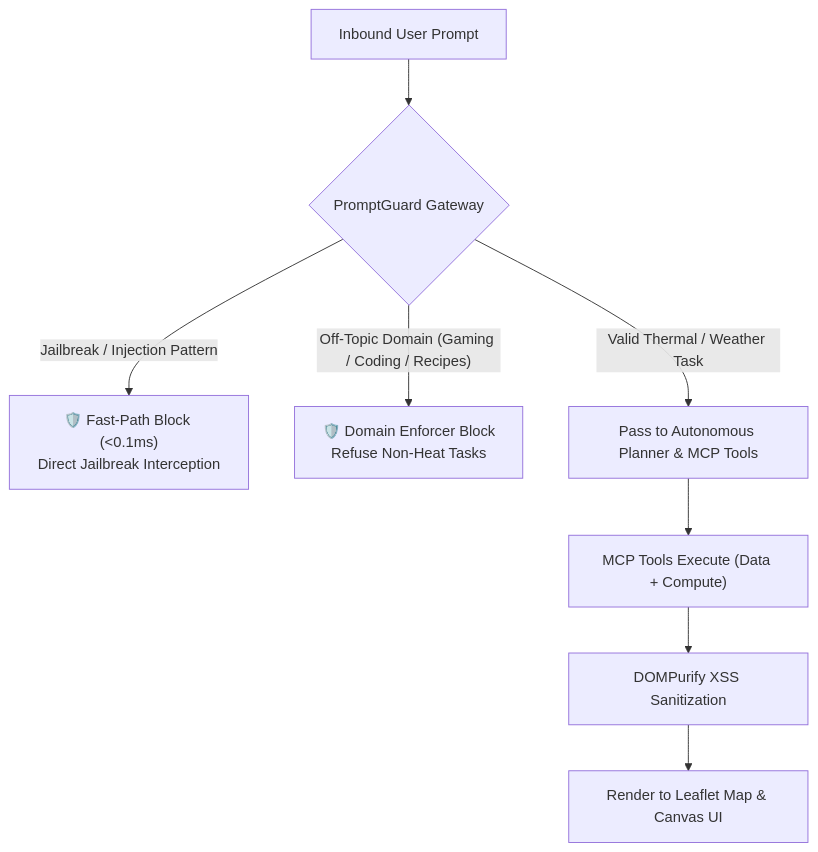
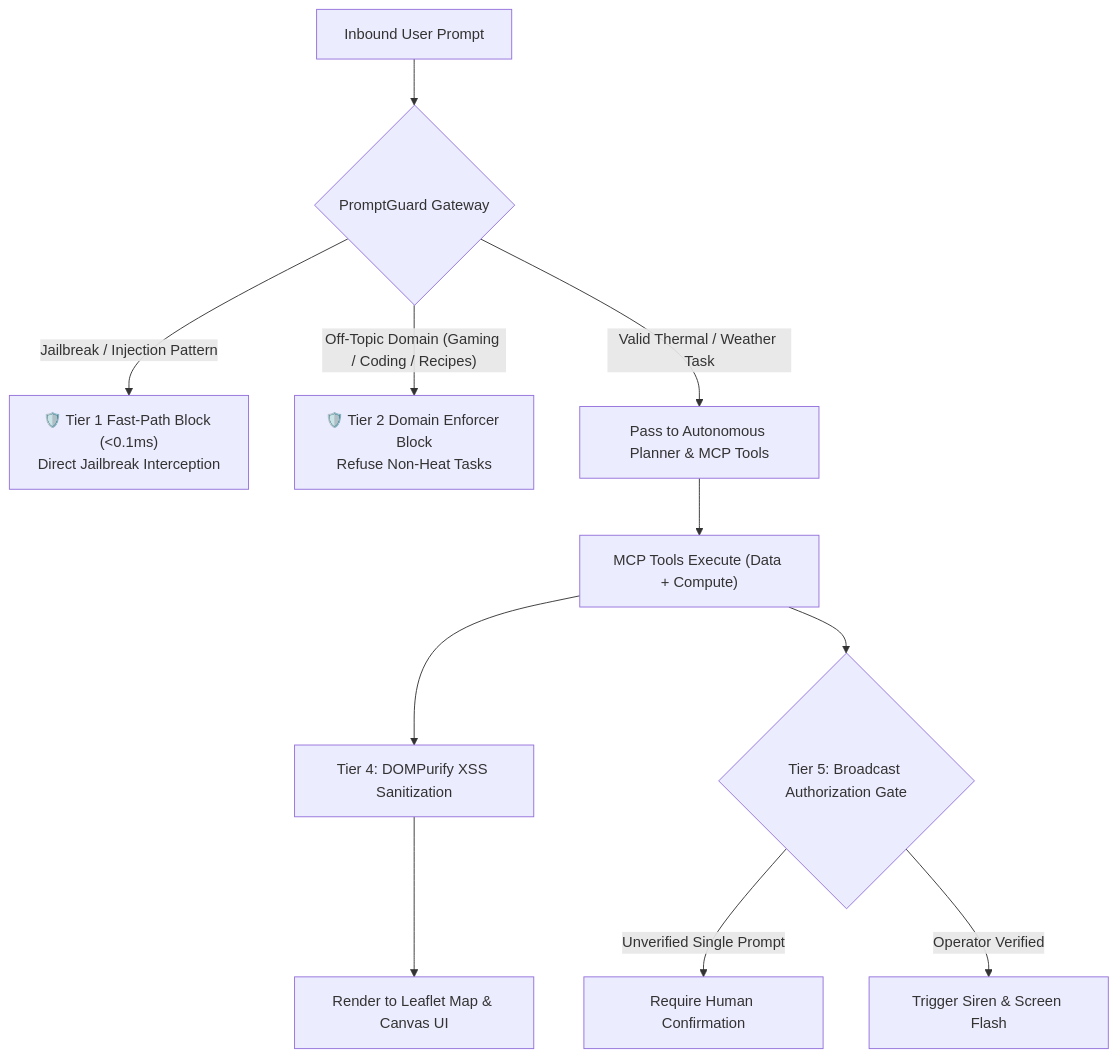
The third of 4 diagrams in ARCHITECTURE.md (AscilCH/heatshield-mcp), drawn with Mermaid before and after one commit. The commit also changed other lines of this file, not shown here.

Commit message:
docs: reconcile tool count to 14 primitives, reclassify RAG retrieval, and add Tier 5 broadcast authorization gate

````diff
--- a/ARCHITECTURE.md
+++ b/ARCHITECTURE.md
@@ -151,12 +124,16 @@
 ```mermaid
 graph TD
     UserPrompt["Inbound User Prompt"] --> PG{"PromptGuard Gateway"}
     
-    PG -->|"Jailbreak / Injection Pattern"| Block1["🛡️ Fast-Path Block (<0.1ms)<br/>Direct Jailbreak Interception"]
-    PG -->|"Off-Topic Domain (Gaming / Coding / Recipes)"| Block2["🛡️ Domain Enforcer Block<br/>Refuse Non-Heat Tasks"]
+    PG -->|"Jailbreak / Injection Pattern"| Block1["🛡️ Tier 1 Fast-Path Block (<0.1ms)<br/>Direct Jailbreak Interception"]
+    PG -->|"Off-Topic Domain (Gaming / Coding / Recipes)"| Block2["🛡️ Tier 2 Domain Enforcer Block<br/>Refuse Non-Heat Tasks"]
     PG -->|"Valid Thermal / Weather Task"| LLM["Pass to Autonomous Planner & MCP Tools"]
     
     LLM --> Tools["MCP Tools Execute (Data + Compute)"]
-    Tools --> Sanitizer["DOMPurify XSS Sanitization"]
+    Tools --> Sanitizer["Tier 4: DOMPurify XSS Sanitization"]
     Sanitizer --> CanvasUI["Render to Leaflet Map & Canvas UI"]
+    
+    Tools --> BroadGate{"Tier 5: Broadcast Authorization Gate"}
+    BroadGate -->|"Unverified Single Prompt"| RequireConf["Require Human Confirmation"]
+    BroadGate -->|"Operator Verified"| LiveAlert["Trigger Siren & Screen Flash"]
 ```
````
